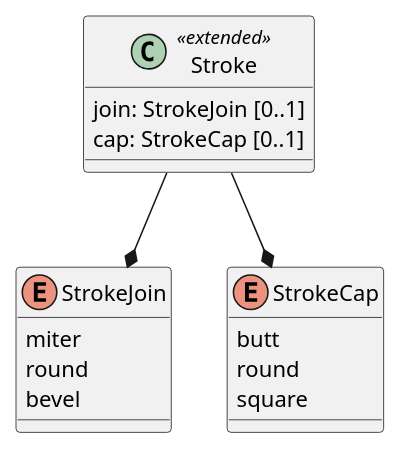
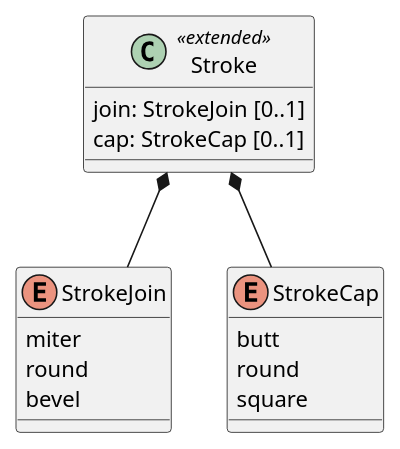
Before and after one commit to opengeospatial/styles-and-symbology: the first of 4 diagrams in core/sections/clause_13_advanced_strokes.adoc, drawn with PlantUML. The commit also changed other lines of this file and 10 other files, not shown here.

```diff
--- a/core/sections/clause_13_advanced_strokes.adoc
+++ b/core/sections/clause_13_advanced_strokes.adoc
@@ -8,18 +8,18 @@
 [plantuml, target=diagram-classes, format=png]
 ....
 class Stroke <<extended>>
 Stroke : join: StrokeJoin [0..1]
 Stroke : cap: StrokeCap [0..1]
-Stroke --* StrokeJoin
-Stroke --* StrokeCap
+Stroke *-- StrokeJoin
+Stroke *-- StrokeCap
 
 enum StrokeJoin
 StrokeJoin : miter
 StrokeJoin : round
 StrokeJoin : bevel
 
 enum StrokeCap
 StrokeCap : butt
 StrokeCap : round
 StrokeCap : square
 ....
```
